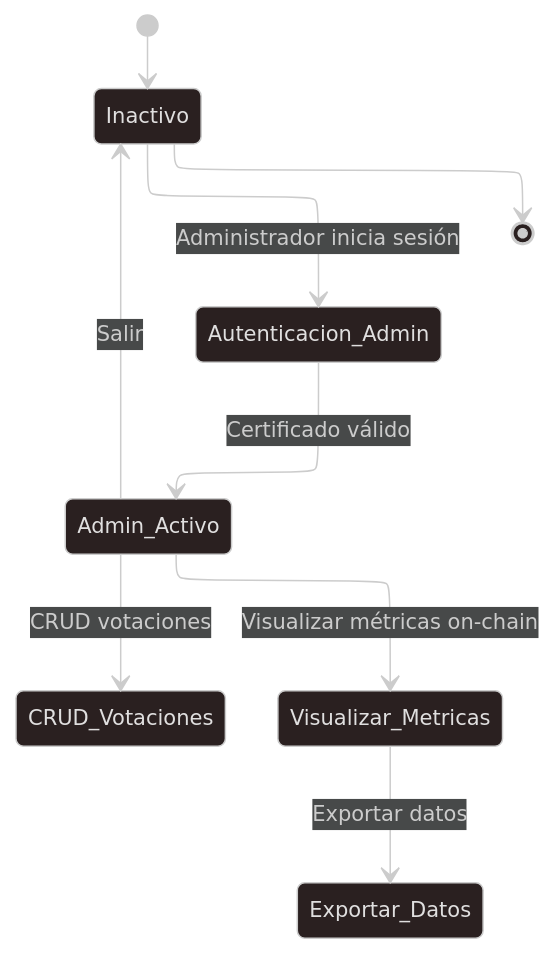
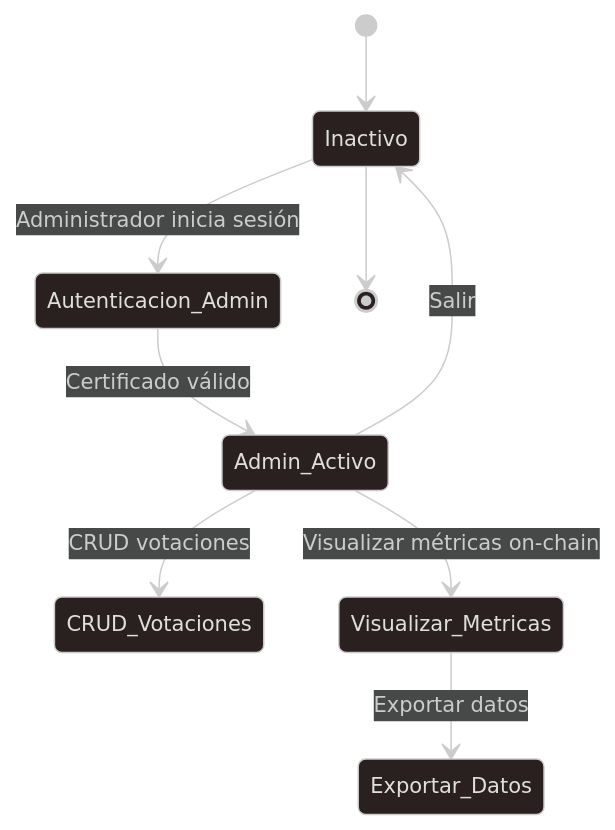
The third of 3 diagrams in docs/Diagrama_Estado.md (OnyxVariables/AGORA), drawn with Mermaid before and after one commit. The commit also changed other lines of this file, not shown here.

````diff
--- a/docs/Diagrama_Estado.md
+++ b/docs/Diagrama_Estado.md
@@ -109,17 +107,16 @@
 ```mermaid
 ---
 config:
-  layout: elk
   theme: neo-dark
 ---
 stateDiagram
   direction TB
   [*] --> Inactivo
   Inactivo --> Autenticacion_Admin:Administrador inicia sesión
   Autenticacion_Admin --> Admin_Activo:Certificado válido
   Admin_Activo --> CRUD_Votaciones:CRUD votaciones
   Admin_Activo --> Visualizar_Metricas:Visualizar métricas on-chain
   Visualizar_Metricas --> Exportar_Datos:Exportar datos
   Admin_Activo --> Inactivo:Salir
   Inactivo --> [*]
 ```
````
